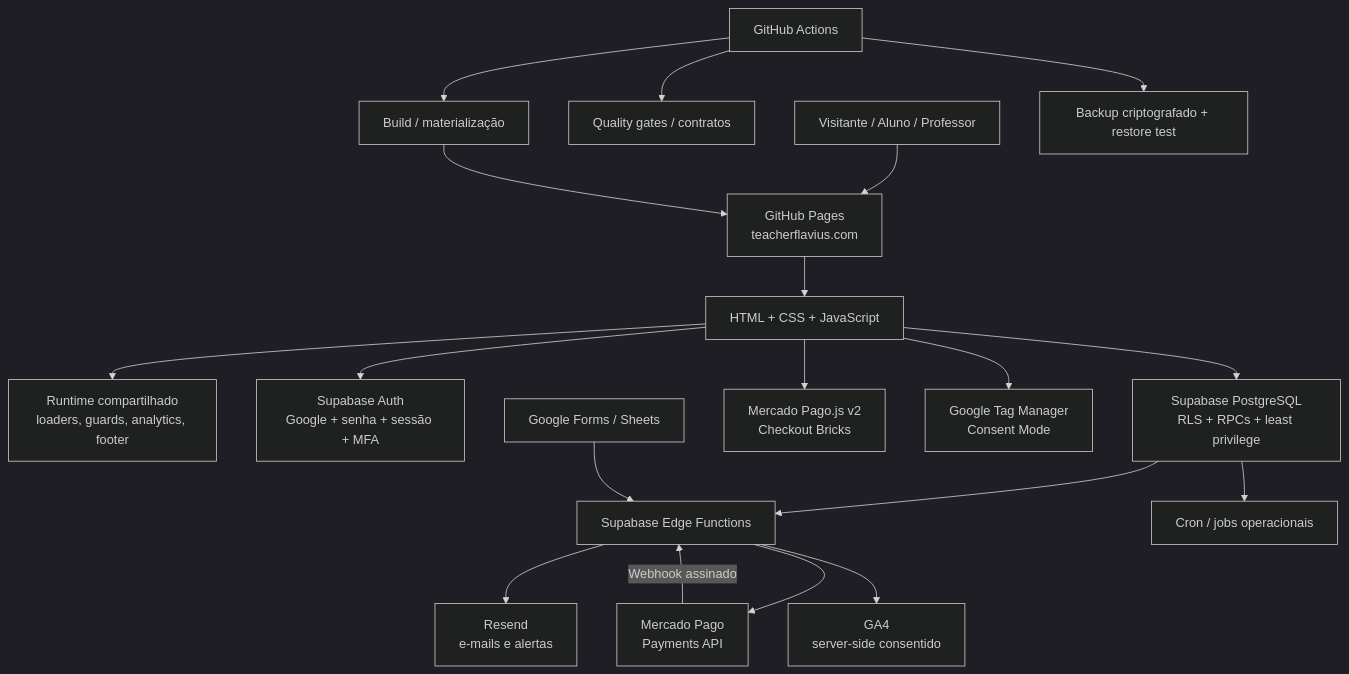
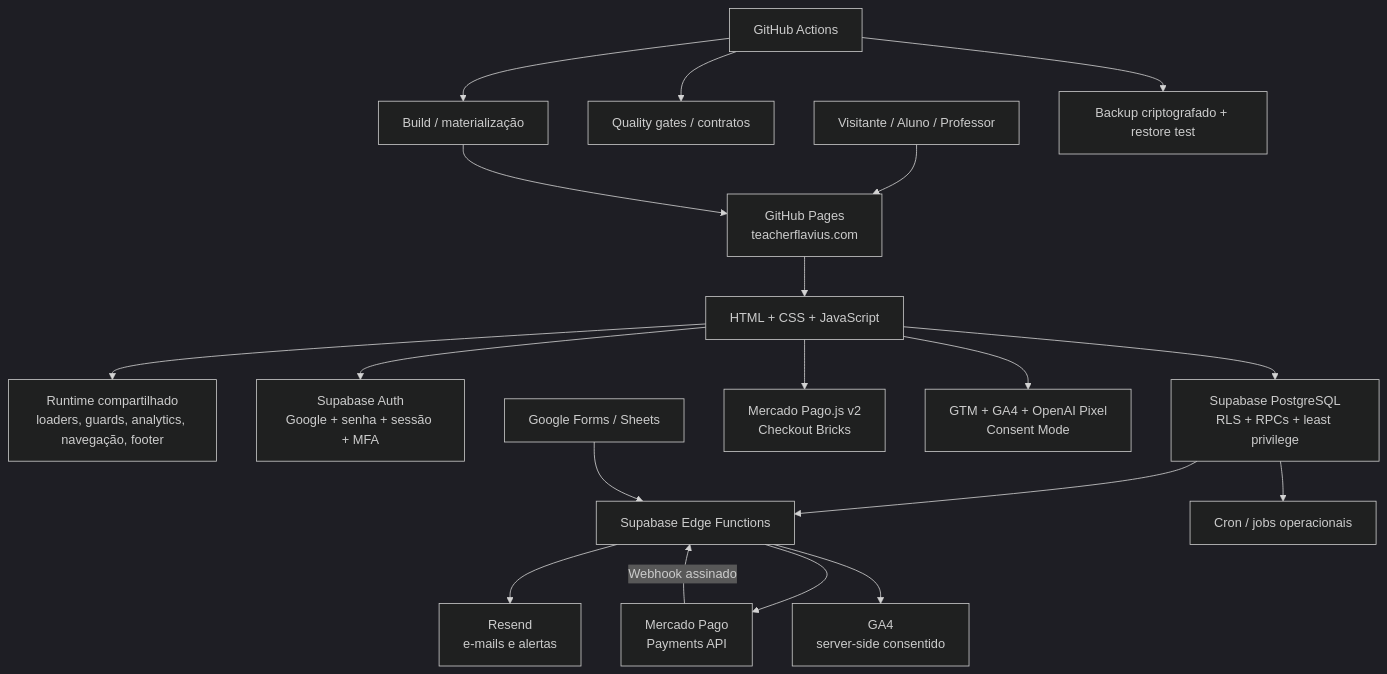
Before and after one commit to Zoqvera/teacherflavius: the diagram in README.md, drawn with Mermaid (dark theme). The commit also changed other lines of this file, not shown here.

````diff
--- a/README.md
+++ b/README.md
@@ -38,24 +37,24 @@
 ```mermaid
 flowchart TB
   User["Visitante / Aluno / Professor"] --> Pages["GitHub Pages\nteacherflavius.com"]
   Pages --> Browser["HTML + CSS + JavaScript"]
 
-  Browser --> Runtime["Runtime compartilhado\nloaders, guards, analytics, footer"]
+  Browser --> Runtime["Runtime compartilhado\nloaders, guards, analytics, navegação, footer"]
   Browser --> Auth["Supabase Auth\nGoogle + senha + sessão + MFA"]
   Browser --> Database["Supabase PostgreSQL\nRLS + RPCs + least privilege"]
   Browser --> MercadoPagoJS["Mercado Pago.js v2\nCheckout Bricks"]
-  Browser --> GTM["Google Tag Manager\nConsent Mode"]
+  Browser --> Analytics["GTM + GA4 + OpenAI Pixel\nConsent Mode"]
 
   Database --> Functions["Supabase Edge Functions"]
   Database --> Cron["Cron / jobs operacionais"]
   Functions --> Resend["Resend\ne-mails e alertas"]
   Functions --> MercadoPagoAPI["Mercado Pago\nPayments API"]
   Functions --> GA4["GA4\nserver-side consentido"]
   MercadoPagoAPI -->|"Webhook assinado"| Functions
   Forms["Google Forms / Sheets"] --> Functions
 
   Actions["GitHub Actions"] --> Quality["Quality gates / contratos"]
   Actions --> Build["Build / materialização"]
   Actions --> Backup["Backup criptografado + restore test"]
   Build --> Pages
 ```
````
